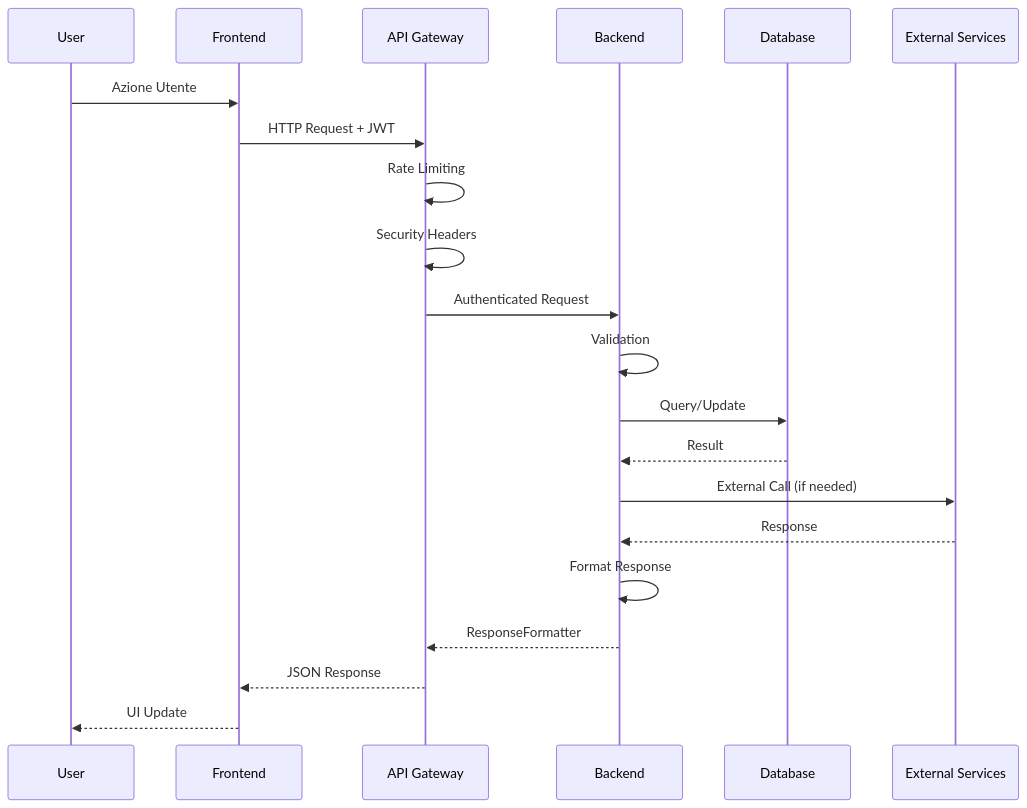
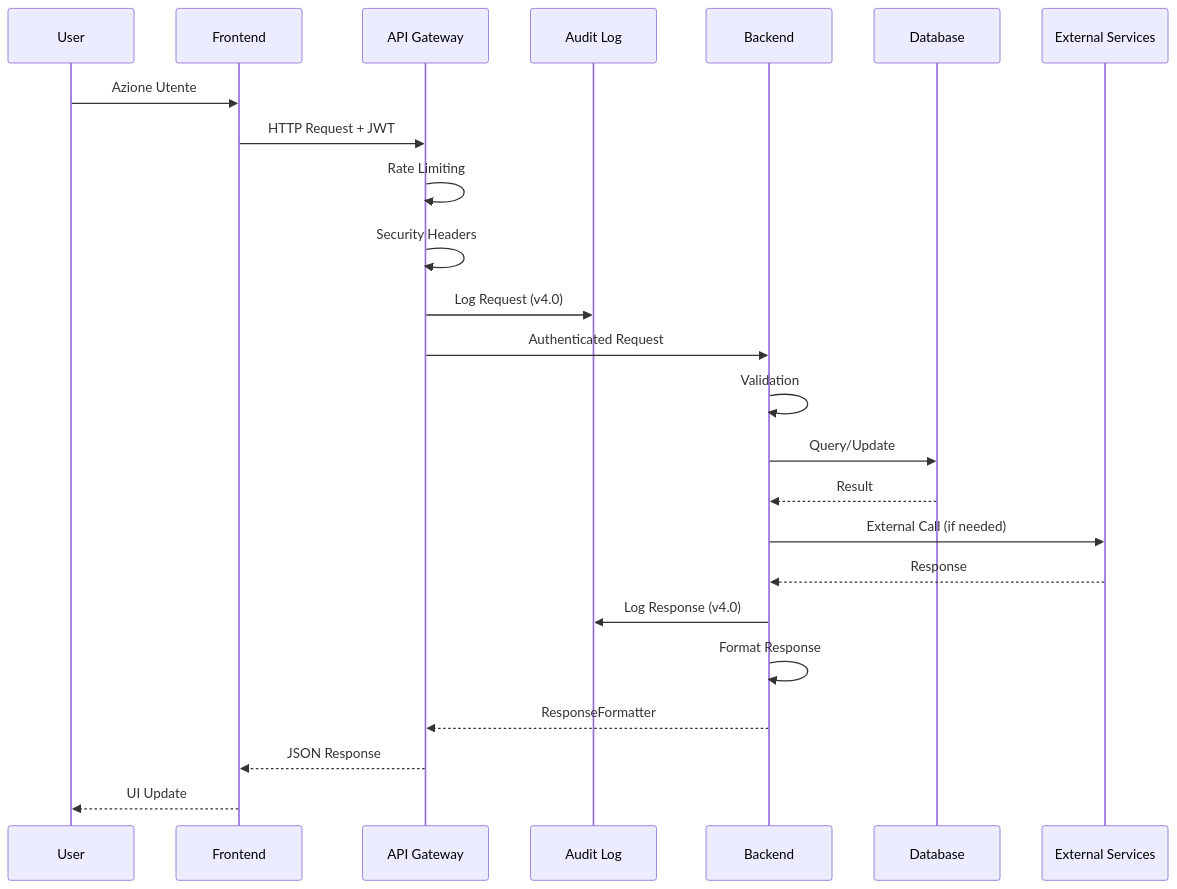
The diagram in Docs/02-ARCHITETTURA/ARCHITETTURA-SISTEMA-COMPLETA.md (241luca/Richiesta-Assistenza), drawn with Mermaid before and after one commit. The commit also changed other lines of this file and 30 other files, not shown here.

````diff
--- a/Docs/02-ARCHITETTURA/ARCHITETTURA-SISTEMA-COMPLETA.md
+++ b/Docs/02-ARCHITETTURA/ARCHITETTURA-SISTEMA-COMPLETA.md
@@ -95,24 +124,27 @@
 ```mermaid
 sequenceDiagram
     participant U as User
     participant F as Frontend
     participant A as API Gateway
+    participant AU as Audit Log
     participant B as Backend
     participant D as Database
     participant E as External Services
     
     U->>F: Azione Utente
     F->>A: HTTP Request + JWT
     A->>A: Rate Limiting
     A->>A: Security Headers
+    A->>AU: Log Request (v4.0)
     A->>B: Authenticated Request
     B->>B: Validation
     B->>D: Query/Update
     D-->>B: Result
     B->>E: External Call (if needed)
     E-->>B: Response
+    B->>AU: Log Response (v4.0)
     B->>B: Format Response
     B-->>A: ResponseFormatter
     A-->>F: JSON Response
     F-->>U: UI Update
 ```
````
